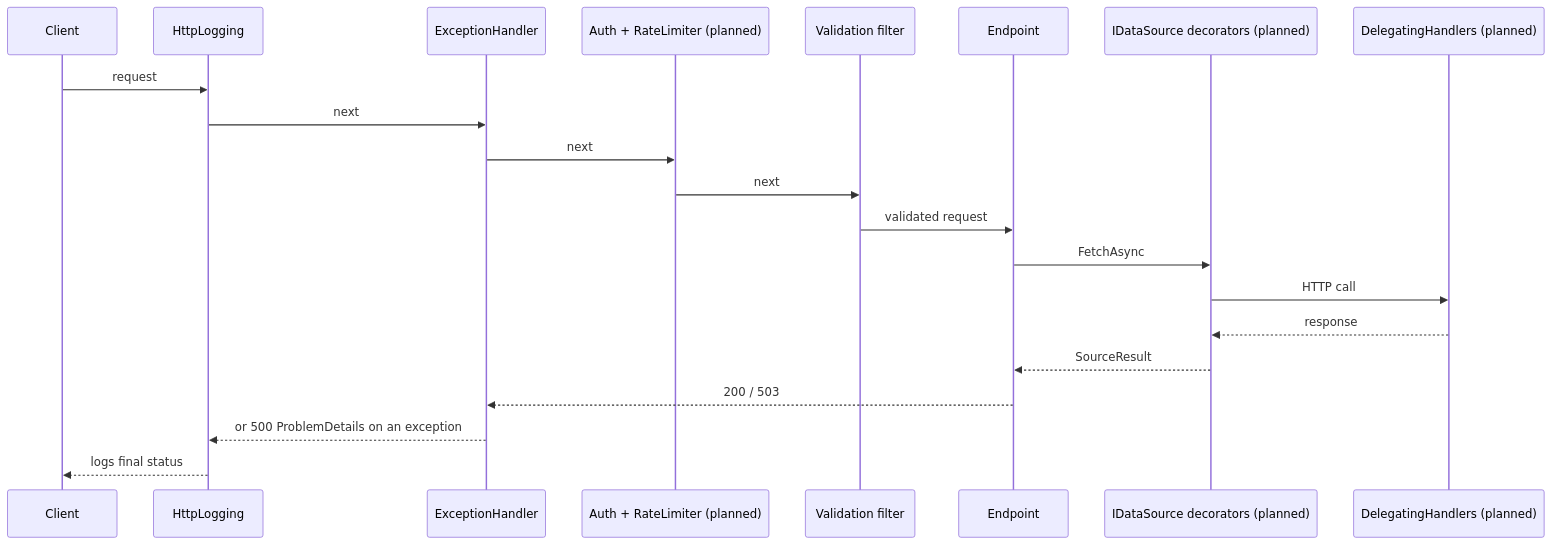
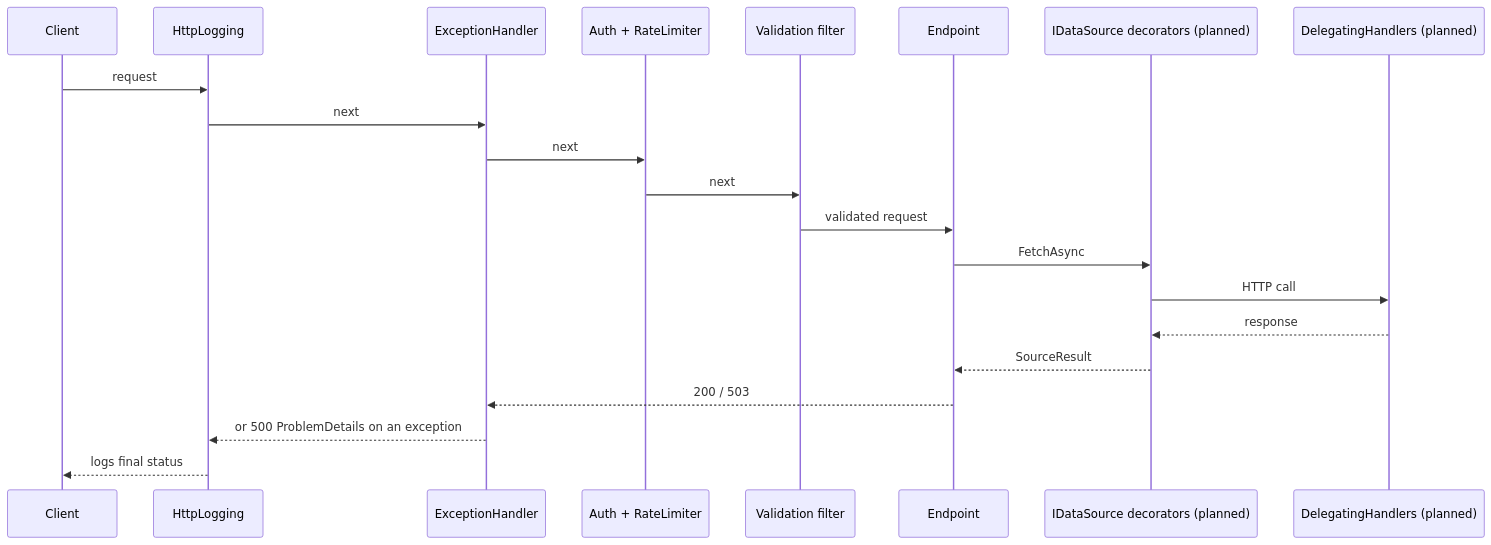
One commit to gokcekuvandik/api-aggregator changed the diagram in README.md. Above: the diagram before and after it, drawn with Mermaid. The commit also changed other lines of this file and 26 other files, not shown here.

````diff
--- a/README.md
+++ b/README.md
@@ -150,23 +174,23 @@
 ```mermaid
 sequenceDiagram
     participant C as Client
     participant L as HttpLogging
     participant E as ExceptionHandler
-    participant A as Auth + RateLimiter (planned)
+    participant A as Auth + RateLimiter
     participant V as Validation filter
     participant H as Endpoint
     participant S as IDataSource decorators (planned)
     participant D as DelegatingHandlers (planned)
     C->>L: request
     L->>E: next
     E->>A: next
     A->>V: next
     V->>H: validated request
     H->>S: FetchAsync
     S->>D: HTTP call
     D-->>S: response
     S-->>H: SourceResult
     H-->>E: 200 / 503
     E-->>L: or 500 ProblemDetails on an exception
     L-->>C: logs final status
 ```
````
